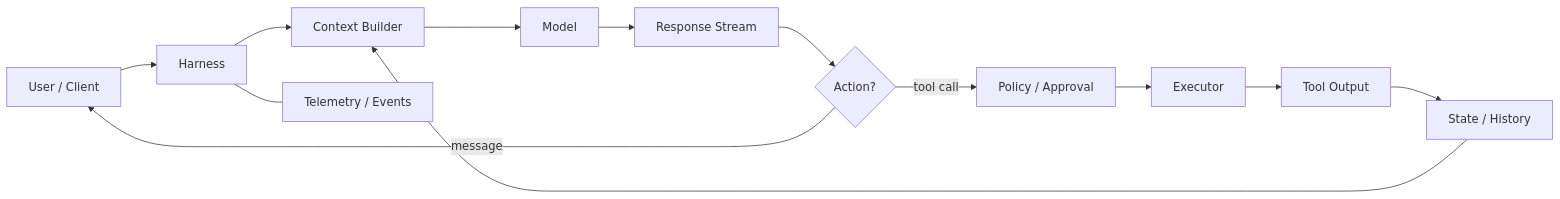
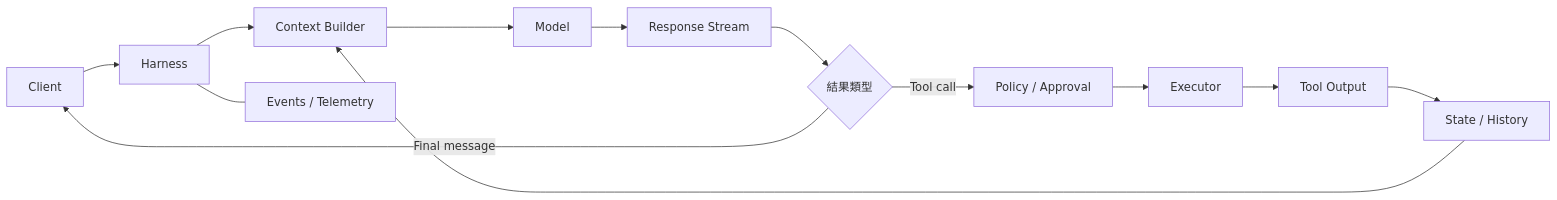
One commit to indigofeather/harness-book changed the fifth of 6 diagrams in docs/foundations/what-is-harness.md. Above: the diagram before and after it, drawn with Mermaid. The commit also changed other lines of this file, not shown here.

Commit message:
docs: clarify harness mental model with concept diagrams

````diff
--- a/docs/foundations/what-is-harness.md
+++ b/docs/foundations/what-is-harness.md
@@ -68,15 +214,15 @@
 ```mermaid
 flowchart LR
-  U[User / Client] --> H[Harness]
+  U[Client] --> H[Harness]
   H --> C[Context Builder]
   C --> M[Model]
   M --> R[Response Stream]
-  R --> D{Action?}
-  D -->|message| U
-  D -->|tool call| P[Policy / Approval]
+  R --> D{結果類型}
+  D -->|Final message| U
+  D -->|Tool call| P[Policy / Approval]
   P --> X[Executor]
   X --> O[Tool Output]
   O --> S[State / History]
   S --> C
-  H --- OBS[Telemetry / Events]
+  H --- OBS[Events / Telemetry]
 ```
````
